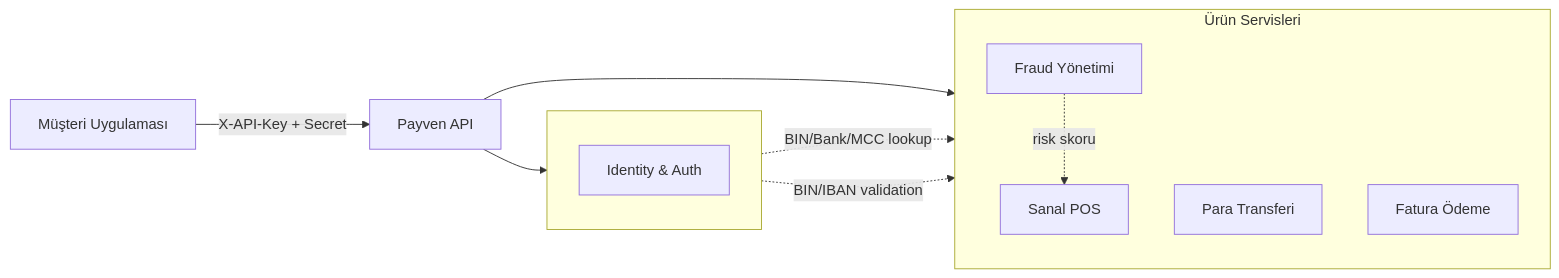
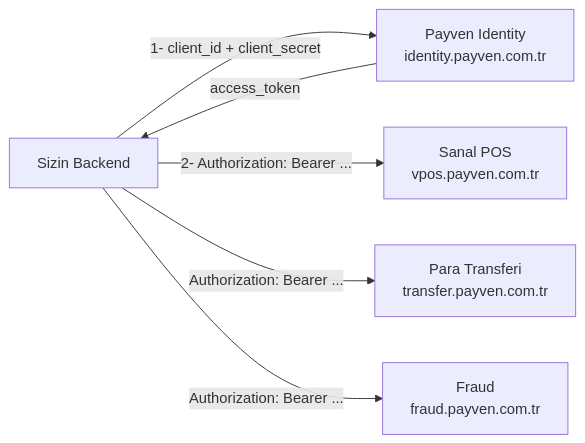
The first of 3 diagrams in documentation/architecture.mdx (payment-pos/mintlify), drawn with Mermaid before and after one commit. The commit also changed other lines of this file and 73 other files, not shown here.

````diff
--- a/documentation/architecture.mdx
+++ b/documentation/architecture.mdx
@@ -10,24 +10,15 @@
 ```mermaid
 flowchart LR
-    Client["Müşteri Uygulaması"] -->|"X-API-Key + Secret"| Gateway["Payven API"]
+    Client["Sizin Backend"]
 
-    subgraph Identity[" "]
-      direction TB
-      I["Identity & Auth"]
-    end
+    Identity["Payven Identity<br/>identity.payven.com.tr"]
+    VPOS["Sanal POS<br/>vpos.payven.com.tr"]
+    Transfer["Para Transferi<br/>transfer.payven.com.tr"]
+    Fraud["Fraud<br/>fraud.payven.com.tr"]
 
-    subgraph Products["Ürün Servisleri"]
-      direction TB
-      VPOS["Sanal POS"]
-      Transfer["Para Transferi"]
-      Fraud["Fraud Yönetimi"]
-      Invoice["Fatura Ödeme"]
-    end
-
-    Gateway --> Identity
-    Gateway --> Products
-
-    I -.->|"BIN/Bank/MCC lookup"| VPOS
-    I -.->|"BIN/IBAN validation"| Transfer
-    Fraud -.->|"risk skoru"| VPOS
+    Client -->|"1- client_id + client_secret"| Identity
+    Identity -->|"access_token"| Client
+    Client -->|"2- Authorization: Bearer ..."| VPOS
+    Client -->|"Authorization: Bearer ..."| Transfer
+    Client -->|"Authorization: Bearer ..."| Fraud
 ```
````
